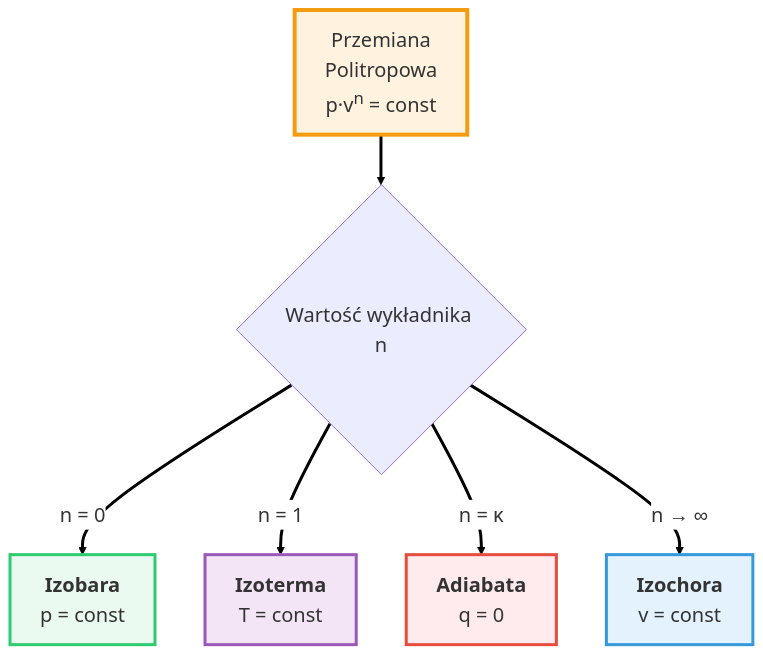
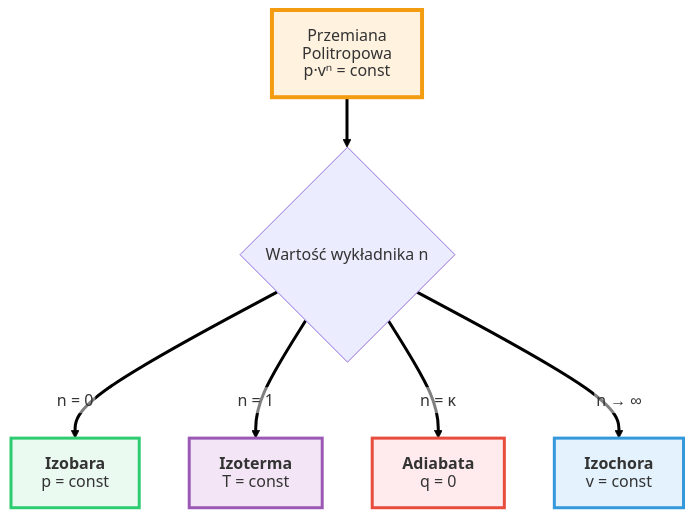
One commit to moondec/Termodynamika changed the diagram in Wyklady/08_Przemiany_Gazowe.qmd. Above: the diagram before and after it, drawn with Mermaid. The commit also changed other lines of this file and 84 other files, not shown here.

First line of the commit message:
Wykłady: diagramy mermaid bez ucinania i dopasowane do slajdów

````diff
--- a/Wyklady/08_Przemiany_Gazowe.qmd
+++ b/Wyklady/08_Przemiany_Gazowe.qmd
@@ -481,18 +481,22 @@
 ```{mermaid}
-%%{init: {'theme': 'default', 'flowchart': { 'useMaxWidth': false, 'htmlLabels': true }, 'themeVariables': { 'fontSize': '20px', 'fontFamily': 'sans-serif', 'primaryColor': '#ffffff', 'edgeLabelBackground':'#ffffff', 'tertiaryColor': '#fff0f0' }}}%%
+%%{init: {'theme': 'default', 'flowchart': {'htmlLabels': false, 'wrappingWidth': 400, 'subGraphTitleMargin': {'top': 6, 'bottom': 16}}, 'themeVariables': {'fontSize': '16px', 'fontFamily': 'Arial, Helvetica, sans-serif', 'primaryColor': '#ffffff', 'edgeLabelBackground': '#ffffff', 'tertiaryColor': '#fff0f0'}, 'htmlLabels': false}}%%
 flowchart TD
-    A["Przemiana<br>Politropowa<br>p&middot;v<sup>n</sup> = const"] --> B{"Wartość wykładnika n"}
+    A["Przemiana<br>Politropowa<br>p·vⁿ = const"] --> B{"Wartość wykładnika n"}
     
-    B -- "n = 0" --> C["<b>Izobara</b><br>p = const"]
-    B -- "n = 1" --> D["<b>Izoterma</b><br>T = const"]
-    B -- "n = &kappa;" --> E["<b>Adiabata</b><br>q = 0"]
-    B -- "n &rarr; &infin;" --> F["<b>Izochora</b><br>v = const"]
+    B -- "n = 0" --> C["`**Izobara**
+p = const`"]
+    B -- "n = 1" --> D["`**Izoterma**
+T = const`"]
+    B -- "n = κ" --> E["`**Adiabata**
+q = 0`"]
+    B -- "n → ∞" --> F["`**Izochora**
+v = const`"]
     
     style A fill:#fff3e0,stroke:#f39c12,stroke-width:4px
     style C fill:#eafaf1,stroke:#2ecc71,stroke-width:3px
     style D fill:#f3e5f5,stroke:#9b59b6,stroke-width:3px
     style E fill:#ffebee,stroke:#e74c3c,stroke-width:3px
     style F fill:#e3f2fd,stroke:#3498db,stroke-width:3px
     
     linkStyle default stroke-width:3px,fill:none,stroke:black
 ```
````
